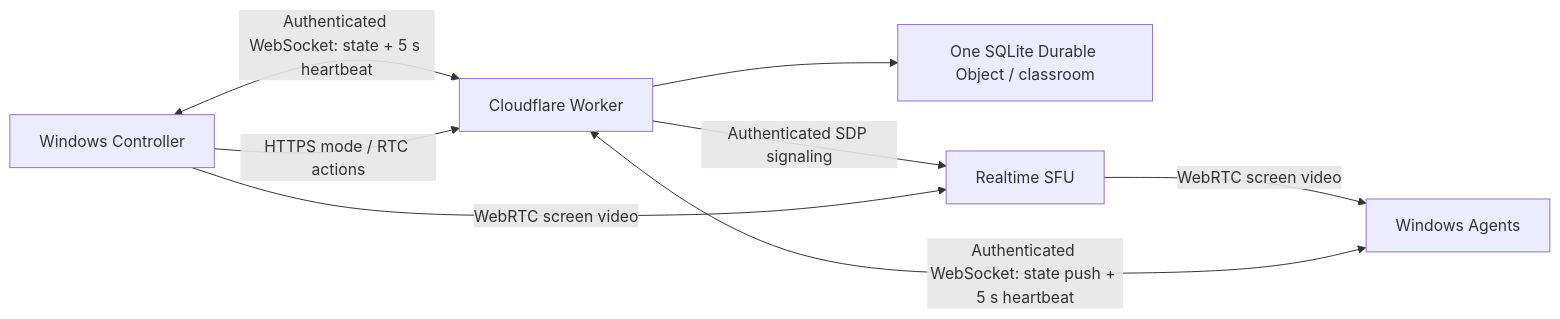
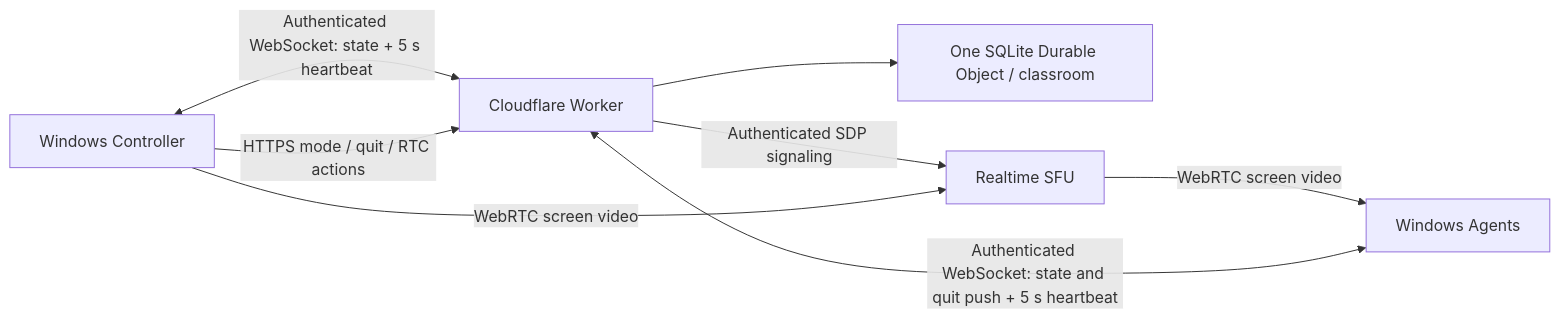
One commit to kindsusu/classrelay changed the diagram in README.md. Above: the diagram before and after it, drawn with Mermaid. The commit also changed other lines of this file and 11 other files, not shown here.

````diff
--- a/README.md
+++ b/README.md
@@ -27,10 +69,10 @@
 ```mermaid
 flowchart LR
   C[Windows Controller] <-->|Authenticated WebSocket: state + 5 s heartbeat| W[Cloudflare Worker]
-  A[Windows Agents] <-->|Authenticated WebSocket: state push + 5 s heartbeat| W
-  C -->|HTTPS mode / RTC actions| W
+  A[Windows Agents] <-->|Authenticated WebSocket: state and quit push + 5 s heartbeat| W
+  C -->|HTTPS mode / quit / RTC actions| W
   W --> D[One SQLite Durable Object / classroom]
   W -->|Authenticated SDP signaling| S[Realtime SFU]
   C -->|WebRTC screen video| S
   S -->|WebRTC screen video| A
 ```
````
